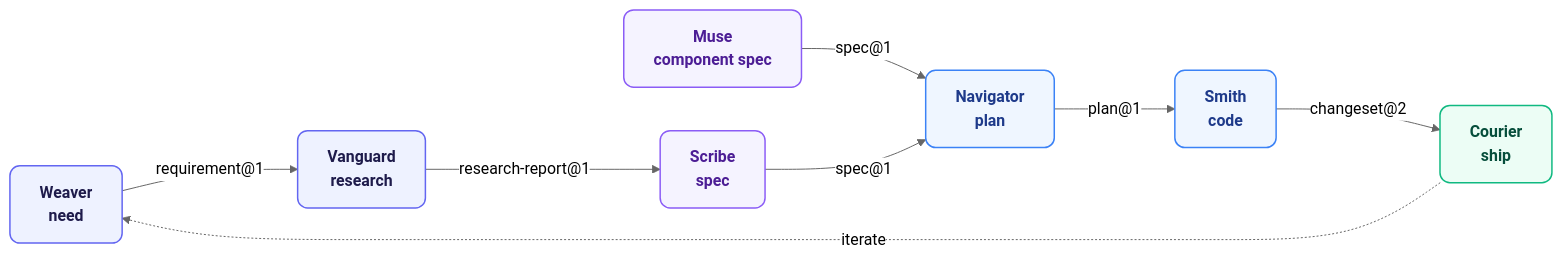
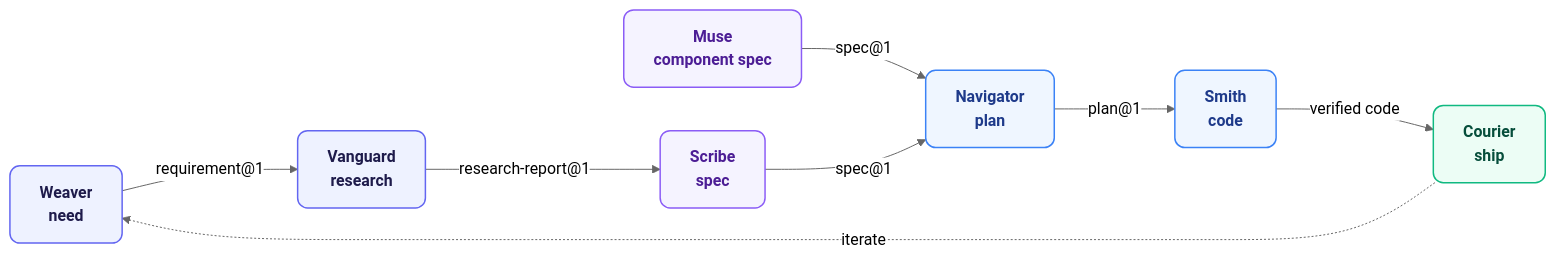
Before and after one commit to orin-dx/agent-plugins: the second of 7 diagrams in ARCHITECTURE.md, drawn with Mermaid (neutral theme). The commit also changed other lines of this file and 92 other files, not shown here.

````diff
--- a/ARCHITECTURE.md
+++ b/ARCHITECTURE.md
@@ -65,21 +65,21 @@
 ```mermaid
 %%{init: {'flowchart': {'curve': 'basis', 'nodeSpacing': 44, 'rankSpacing': 68}}}%%
 flowchart LR
     classDef define fill:#eef2ff,stroke:#6366f1,stroke-width:1.5px,color:#1e1b4b,rx:10,ry:10,font-size:16px,font-weight:600;
     classDef design fill:#f5f3ff,stroke:#8b5cf6,stroke-width:1.5px,color:#4c1d95,rx:10,ry:10,font-size:16px,font-weight:600;
     classDef build fill:#eff6ff,stroke:#3b82f6,stroke-width:1.5px,color:#1e3a8a,rx:10,ry:10,font-size:16px,font-weight:600;
     classDef ship fill:#ecfdf5,stroke:#10b981,stroke-width:1.5px,color:#064e3b,rx:10,ry:10,font-size:16px,font-weight:600;
 
     we[Weaver\nneed] -->|"requirement@1"| va[Vanguard\nresearch]
     va -->|"research-report@1"| sc[Scribe\nspec]
     mu[Muse\ncomponent spec] -->|"spec@1"| na[Navigator\nplan]
     sc -->|"spec@1"| na
     na -->|"plan@1"| sm[Smith\ncode]
-    sm -->|"changeset@2"| co[Courier\nship]
+    sm -->|"verified code"| co[Courier\nship]
     co -. iterate .-> we
 
     class we,va define
     class sc,mu design
     class na,sm build
     class co ship
 ```
````
